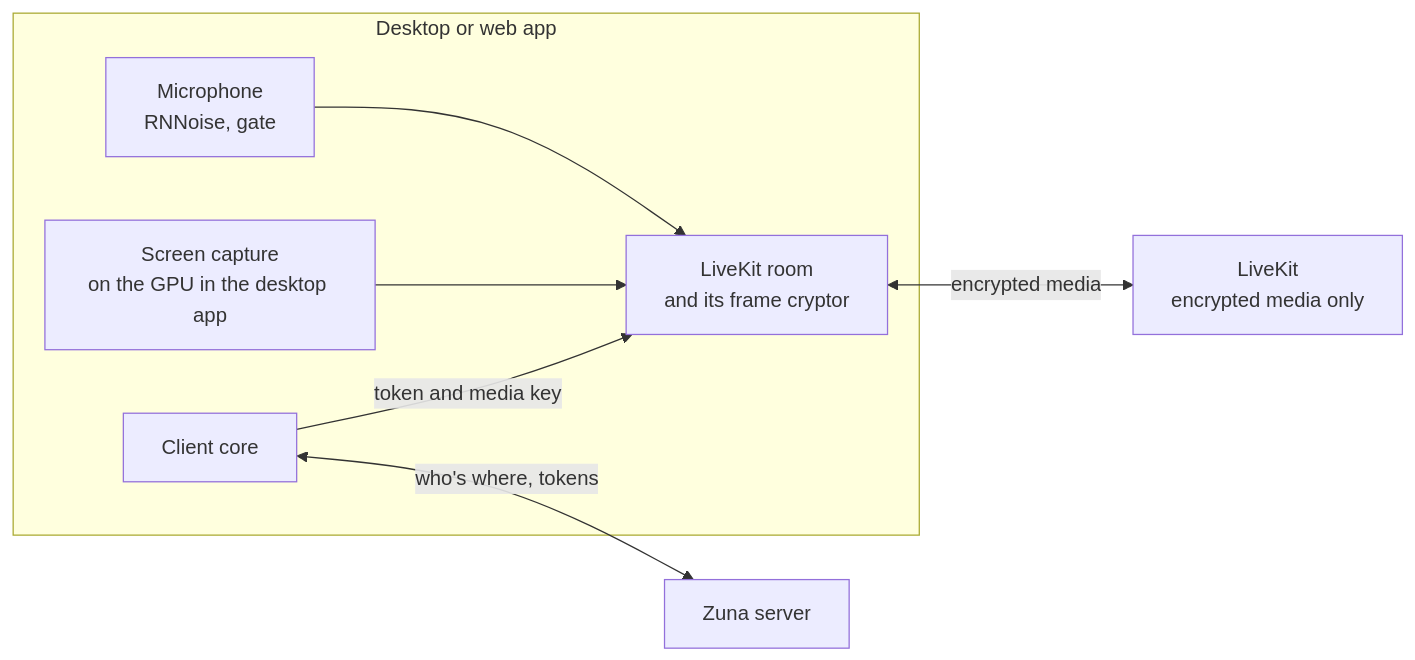
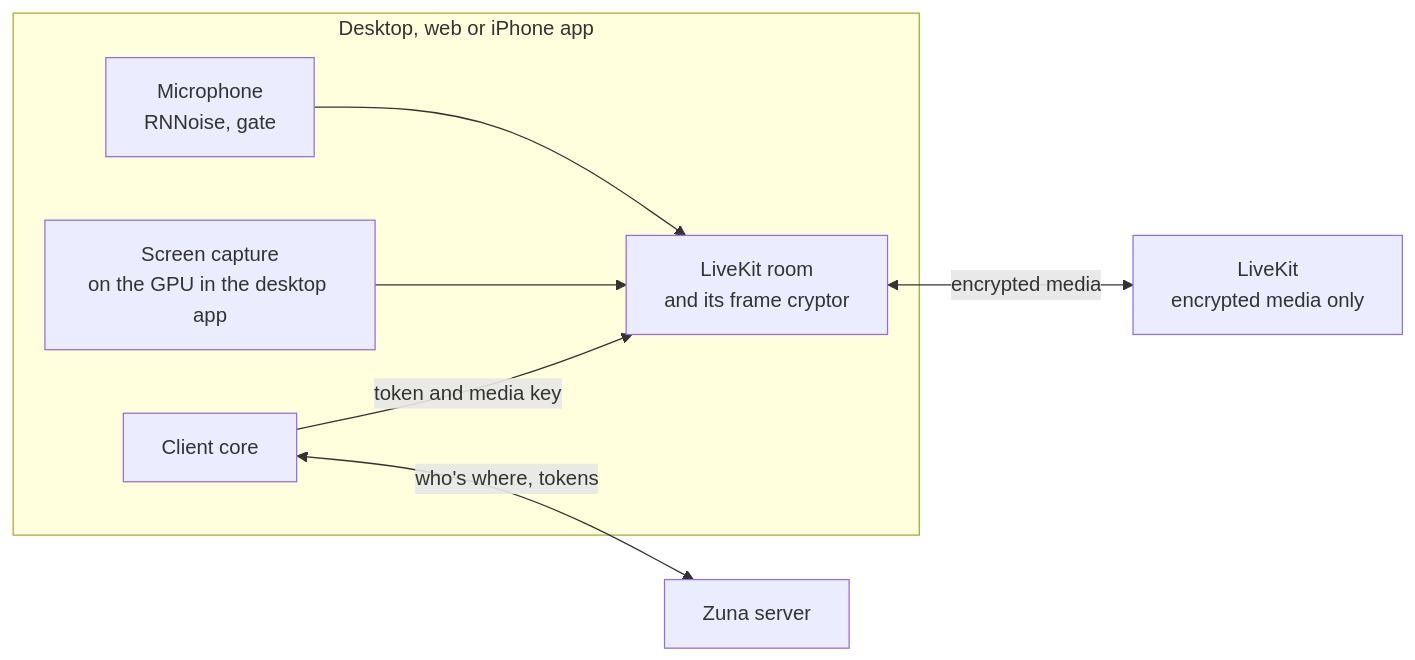
One commit to zuna-app/zuna changed the second of 2 diagrams in docs/ARCHITECTURE.md. Above: the diagram before and after it, drawn with Mermaid. The commit also changed other lines of this file, not shown here.

Commit message:
docs: said in architecture.md where the crypto runs and that the iphone joins voice

````diff
--- a/docs/ARCHITECTURE.md
+++ b/docs/ARCHITECTURE.md
@@ -69,16 +69,16 @@
 ```mermaid
 flowchart LR
-  subgraph App["Desktop or web app"]
+  subgraph App["Desktop, web or iPhone app"]
     Core["Client core"]
     Room["LiveKit room<br/>and its frame cryptor"]
     Mic["Microphone<br/>RNNoise, gate"]
     Screen["Screen capture<br/>on the GPU in the desktop app"]
     Mic --> Room
     Screen --> Room
     Core -->|"token and media key"| Room
   end
   Zuna["Zuna server"]
   LiveKit["LiveKit<br/>encrypted media only"]
   Core <-->|"who's where, tokens"| Zuna
   Room <-->|"encrypted media"| LiveKit
 ```
````
